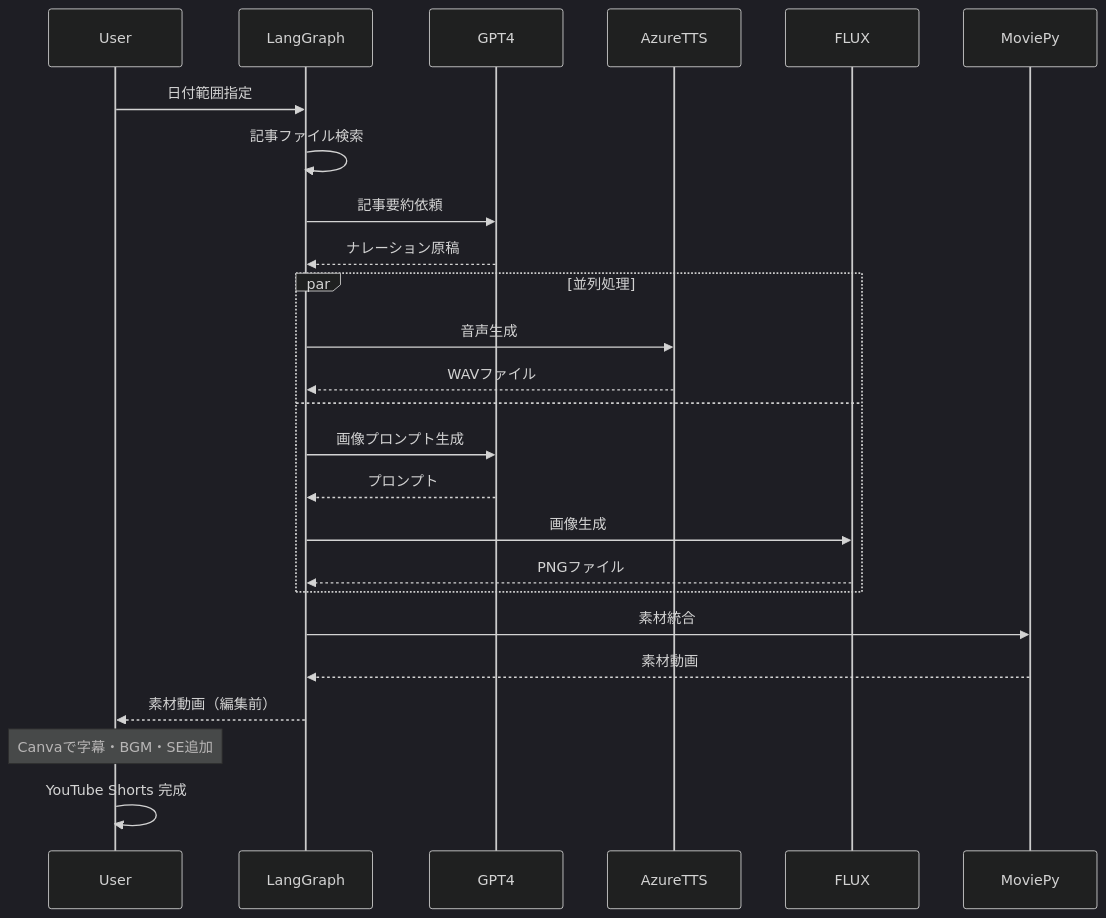
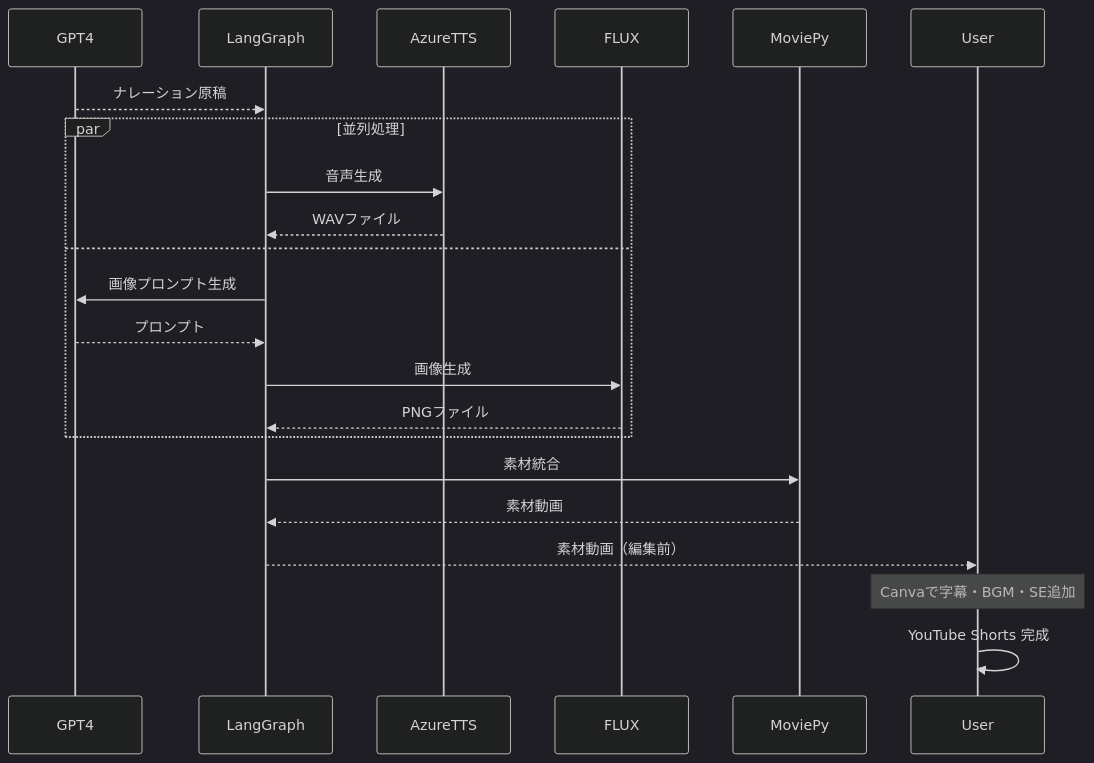
One commit to Ken-kichi/news-article changed the third of 3 diagrams in article.md. Above: the diagram before and after it, drawn with Mermaid (dark theme). The commit also changed other lines of this file and 5 other files, not shown here.

````diff
--- a/article.md
+++ b/article.md
@@ -134,31 +137,21 @@
 ```mermaid
 sequenceDiagram
-    participant User
-    participant LangGraph
-    participant GPT4
-    participant AzureTTS
-    participant FLUX
-    participant MoviePy
-
-    User->>LangGraph: 日付範囲指定
-    LangGraph->>LangGraph: 記事ファイル検索
-    LangGraph->>GPT4: 記事要約依頼
     GPT4-->>LangGraph: ナレーション原稿
 
     par 並列処理
         LangGraph->>AzureTTS: 音声生成
         AzureTTS-->>LangGraph: WAVファイル
     and
         LangGraph->>GPT4: 画像プロンプト生成
         GPT4-->>LangGraph: プロンプト
         LangGraph->>FLUX: 画像生成
         FLUX-->>LangGraph: PNGファイル
     end
 
     LangGraph->>MoviePy: 素材統合
     MoviePy-->>LangGraph: 素材動画
     LangGraph-->>User: 素材動画（編集前）
 
     Note over User: Canvaで字幕・BGM・SE追加
     User->>User: YouTube Shorts 完成
 ```
````
